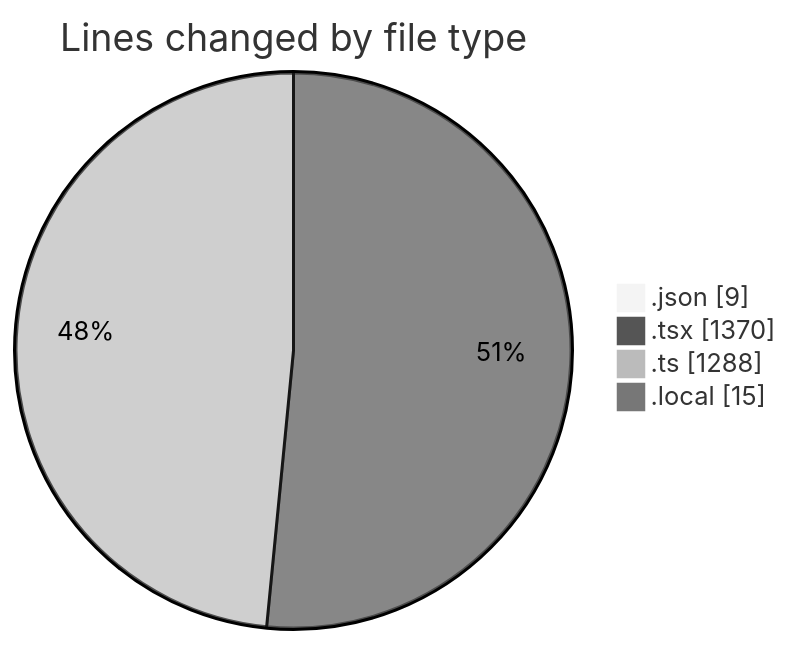
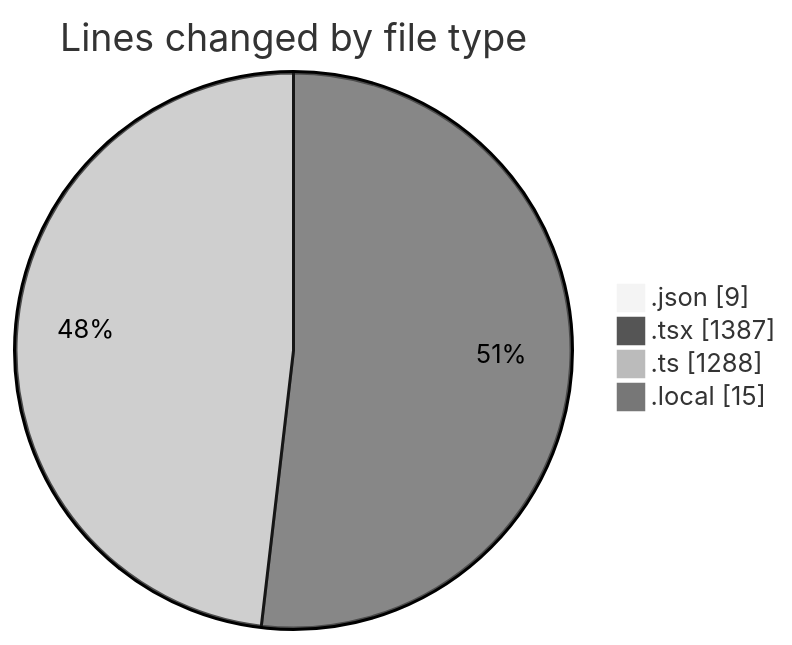
One commit to julien-gomy/code-tracking changed the first of 2 diagrams in 2025-10-27/eventscop-frontend-guide__workspace_/README.md. Above: the diagram before and after it, drawn with Mermaid (neutral theme). The commit also changed other lines of this file and 1 other file, not shown here.

````diff
--- a/2025-10-27/eventscop-frontend-guide__workspace_/README.md
+++ b/2025-10-27/eventscop-frontend-guide__workspace_/README.md
@@ -32,8 +33,8 @@
 ```mermaid
 pie showData
 title Lines changed by file type
 ".json" : 9
-".tsx" : 1370
+".tsx" : 1387
 ".ts" : 1288
 ".local" : 15
 ```
````
